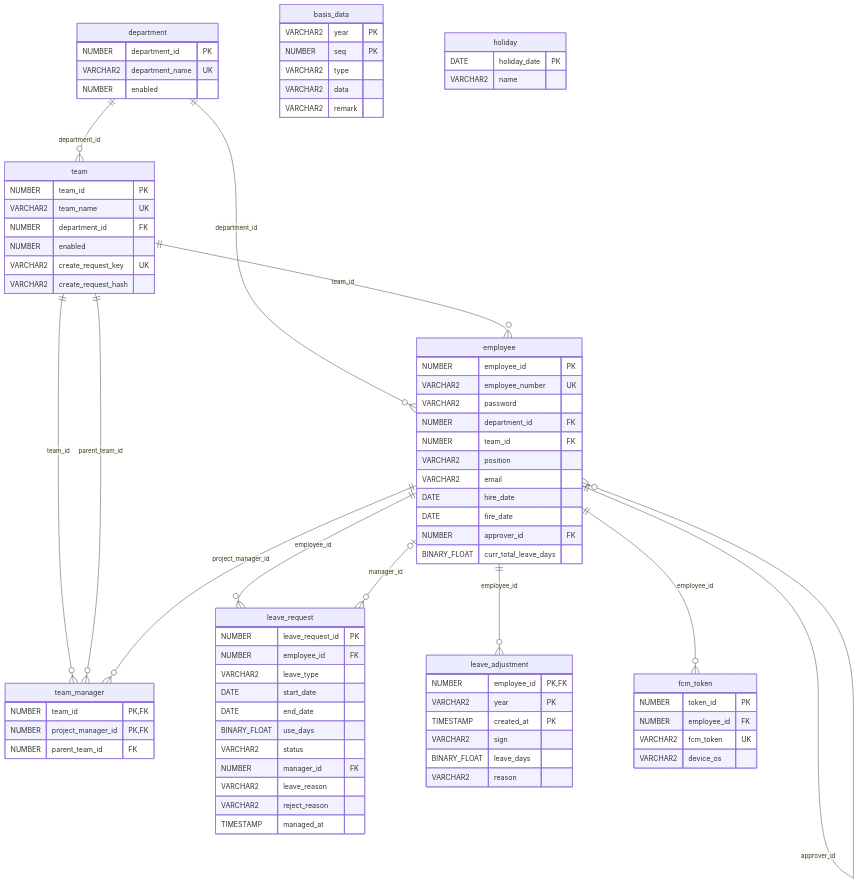
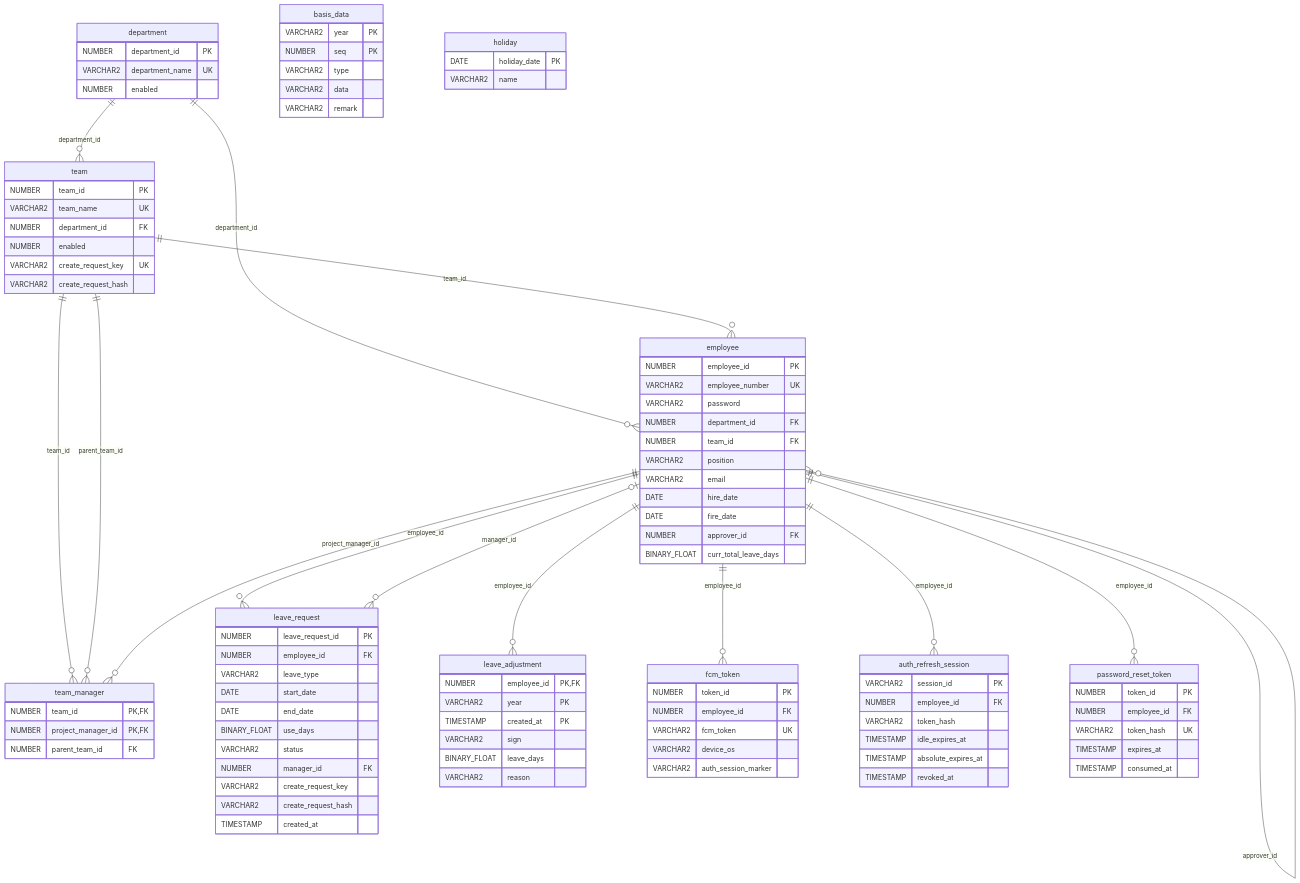
The second of 2 diagrams in README.md (dy-infotech/annual-leave-backend), drawn with Mermaid before and after one commit. The commit also changed other lines of this file, not shown here.

Commit message:
docs: refresh annual leave backend README

````diff
--- a/README.md
+++ b/README.md
@@ -39,24 +75,28 @@
 ```mermaid
 erDiagram
     department ||--o{ team : "department_id"
     department ||--o{ employee : "department_id"
     team ||--o{ employee : "team_id"
     team ||--o{ team_manager : "team_id"
     team ||--o{ team_manager : "parent_team_id"
     employee ||--o{ team_manager : "project_manager_id"
     employee ||--o{ employee : "approver_id"
     employee ||--o{ leave_request : "employee_id"
     employee |o--o{ leave_request : "manager_id"
     employee ||--o{ leave_adjustment : "employee_id"
     employee ||--o{ fcm_token : "employee_id"
+    employee ||--o{ auth_refresh_session : "employee_id"
+    employee ||--o{ password_reset_token : "employee_id"
 
     department { NUMBER department_id PK VARCHAR2 department_name UK NUMBER enabled }
     team { NUMBER team_id PK VARCHAR2 team_name UK NUMBER department_id FK NUMBER enabled VARCHAR2 create_request_key UK VARCHAR2 create_request_hash }
     employee { NUMBER employee_id PK VARCHAR2 employee_number UK VARCHAR2 password NUMBER department_id FK NUMBER team_id FK VARCHAR2 position VARCHAR2 email DATE hire_date DATE fire_date NUMBER approver_id FK BINARY_FLOAT curr_total_leave_days }
     team_manager { NUMBER team_id PK,FK NUMBER project_manager_id PK,FK NUMBER parent_team_id FK }
-    leave_request { NUMBER leave_request_id PK NUMBER employee_id FK VARCHAR2 leave_type DATE start_date DATE end_date BINARY_FLOAT use_days VARCHAR2 status NUMBER manager_id FK VARCHAR2 leave_reason VARCHAR2 reject_reason TIMESTAMP managed_at }
+    leave_request { NUMBER leave_request_id PK NUMBER employee_id FK VARCHAR2 leave_type DATE start_date DATE end_date BINARY_FLOAT use_days VARCHAR2 status NUMBER manager_id FK VARCHAR2 create_request_key VARCHAR2 create_request_hash TIMESTAMP created_at }
     leave_adjustment { NUMBER employee_id PK,FK VARCHAR2 year PK TIMESTAMP created_at PK VARCHAR2 sign BINARY_FLOAT leave_days VARCHAR2 reason }
     basis_data { VARCHAR2 year PK NUMBER seq PK VARCHAR2 type VARCHAR2 data VARCHAR2 remark }
     holiday { DATE holiday_date PK VARCHAR2 name }
-    fcm_token { NUMBER token_id PK NUMBER employee_id FK VARCHAR2 fcm_token UK VARCHAR2 device_os }
+    fcm_token { NUMBER token_id PK NUMBER employee_id FK VARCHAR2 fcm_token UK VARCHAR2 device_os VARCHAR2 auth_session_marker }
+    auth_refresh_session { VARCHAR2 session_id PK NUMBER employee_id FK VARCHAR2 token_hash TIMESTAMP idle_expires_at TIMESTAMP absolute_expires_at TIMESTAMP revoked_at }
+    password_reset_token { NUMBER token_id PK NUMBER employee_id FK VARCHAR2 token_hash UK TIMESTAMP expires_at TIMESTAMP consumed_at }
 ```
````
